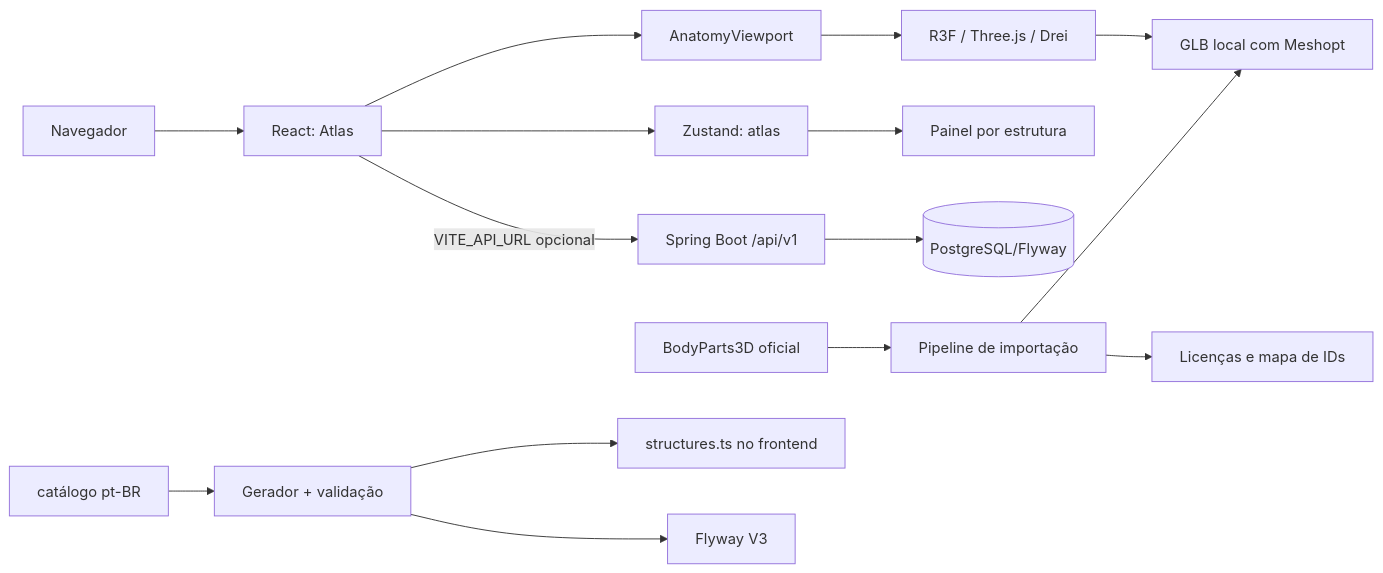
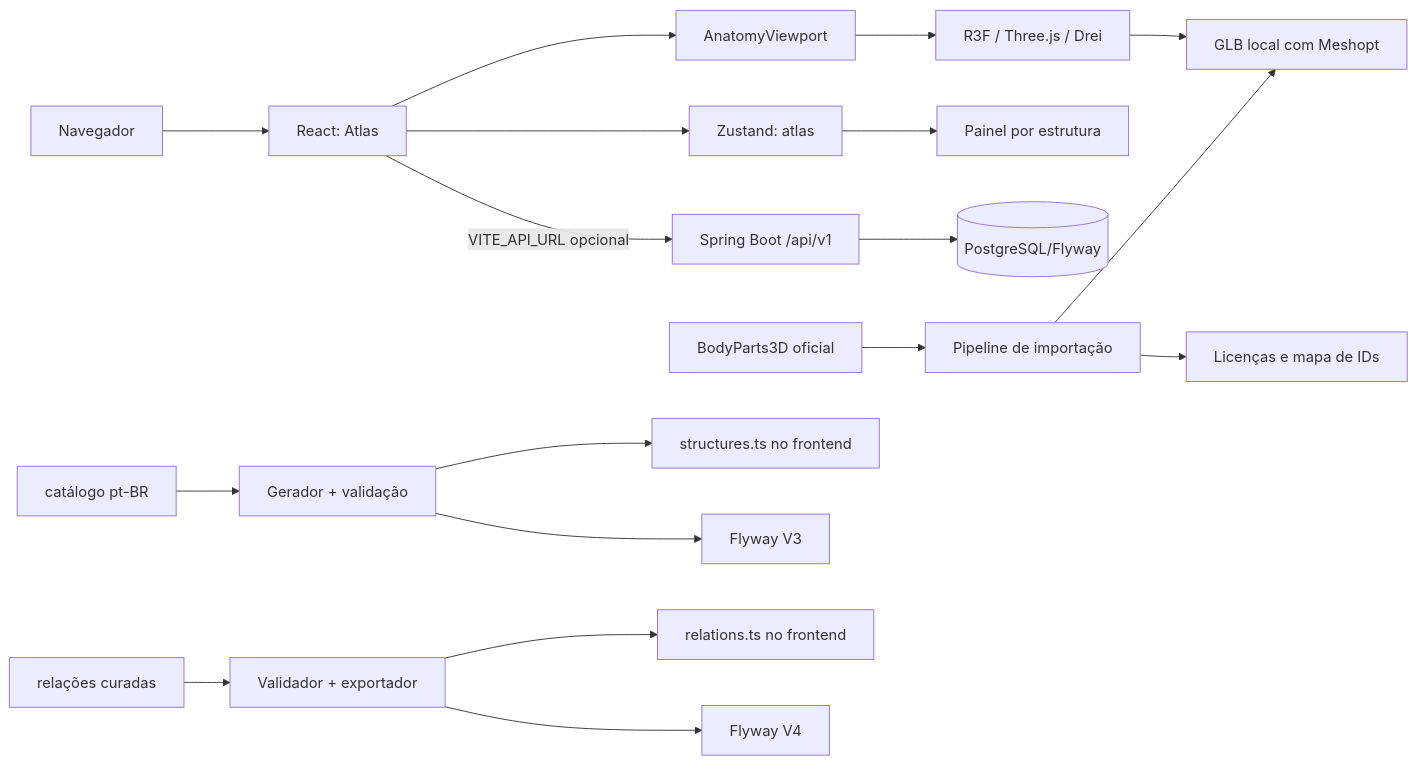
One commit to dev-christianmendes/anatomia_humana_3d changed the first of 2 diagrams in README.md. Above: the diagram before and after it, drawn with Mermaid. The commit also changed other lines of this file and 3 other files, not shown here.

Commit message:
docs: MIT e funcionalidades novas no roadmap/design

````diff
--- a/README.md
+++ b/README.md
@@ -253,17 +257,20 @@
 ```mermaid
 flowchart LR
     Browser[Navegador] --> UI[React: Atlas]
     UI --> Store[Zustand: atlas]
     UI --> Viewer[AnatomyViewport]
     Viewer --> Scene[R3F / Three.js / Drei]
     Scene --> GLB[GLB local com Meshopt]
     Store --> Panel[Painel por estrutura]
     UI -->|VITE_API_URL opcional| API[Spring Boot /api/v1]
     API --> DB[(PostgreSQL/Flyway)]
     Source[BodyParts3D oficial] --> Import[Pipeline de importação]
     Import --> GLB
     Import --> Inventory[Licenças e mapa de IDs]
     Catalog[catálogo pt-BR] --> Generate[Gerador + validação]
     Generate --> Sync[structures.ts no frontend]
     Generate --> Seed[Flyway V3]
+    Relations[relações curadas] --> ValidateR[Validador + exportador]
+    ValidateR --> SyncR[relations.ts no frontend]
+    ValidateR --> SeedR[Flyway V4]
 ```
````
